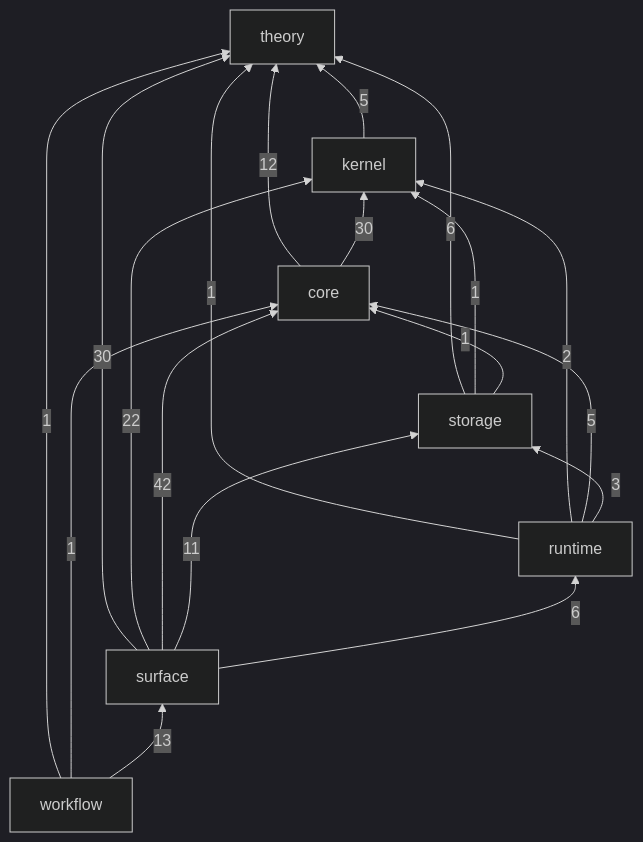
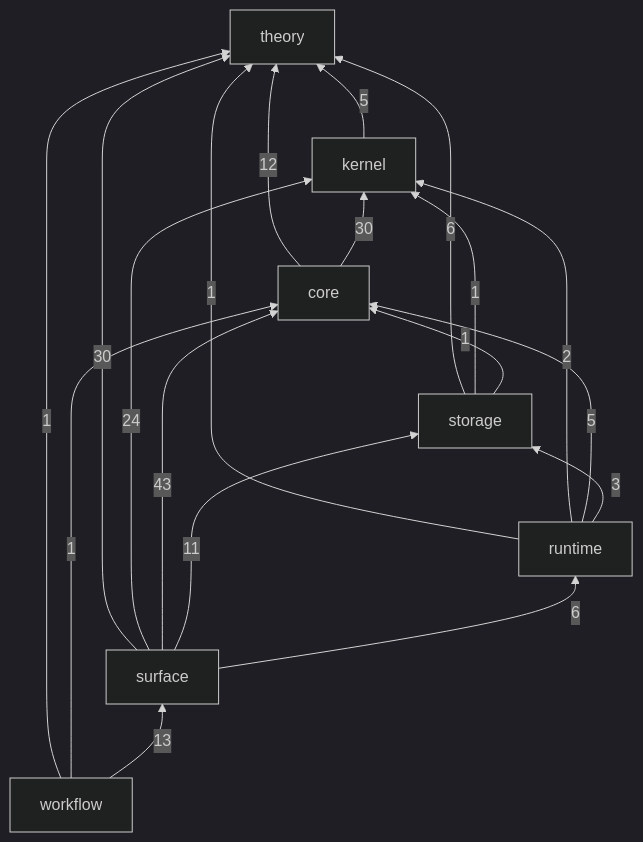
One commit to gandr-lang/gandr changed the diagram in ledger/README.md. Above: the diagram before and after it, drawn with Mermaid (dark theme). The commit also changed 25 other files, not shown here.

````diff
--- a/ledger/README.md
+++ b/ledger/README.md
@@ -28,28 +28,28 @@
 ```mermaid
 flowchart BT
   theory
   kernel
   core
   storage
   runtime
   surface
   workflow
   kernel -->|5| theory
   core -->|12| theory
   core -->|30| kernel
   storage -->|6| theory
   storage -->|1| kernel
   storage -->|1| core
   runtime -->|1| theory
   runtime -->|2| kernel
   runtime -->|5| core
   runtime -->|3| storage
   surface -->|30| theory
-  surface -->|22| kernel
-  surface -->|42| core
+  surface -->|24| kernel
+  surface -->|43| core
   surface -->|11| storage
   surface -->|6| runtime
   workflow -->|1| theory
   workflow -->|1| core
   workflow -->|13| surface
 ```
````
